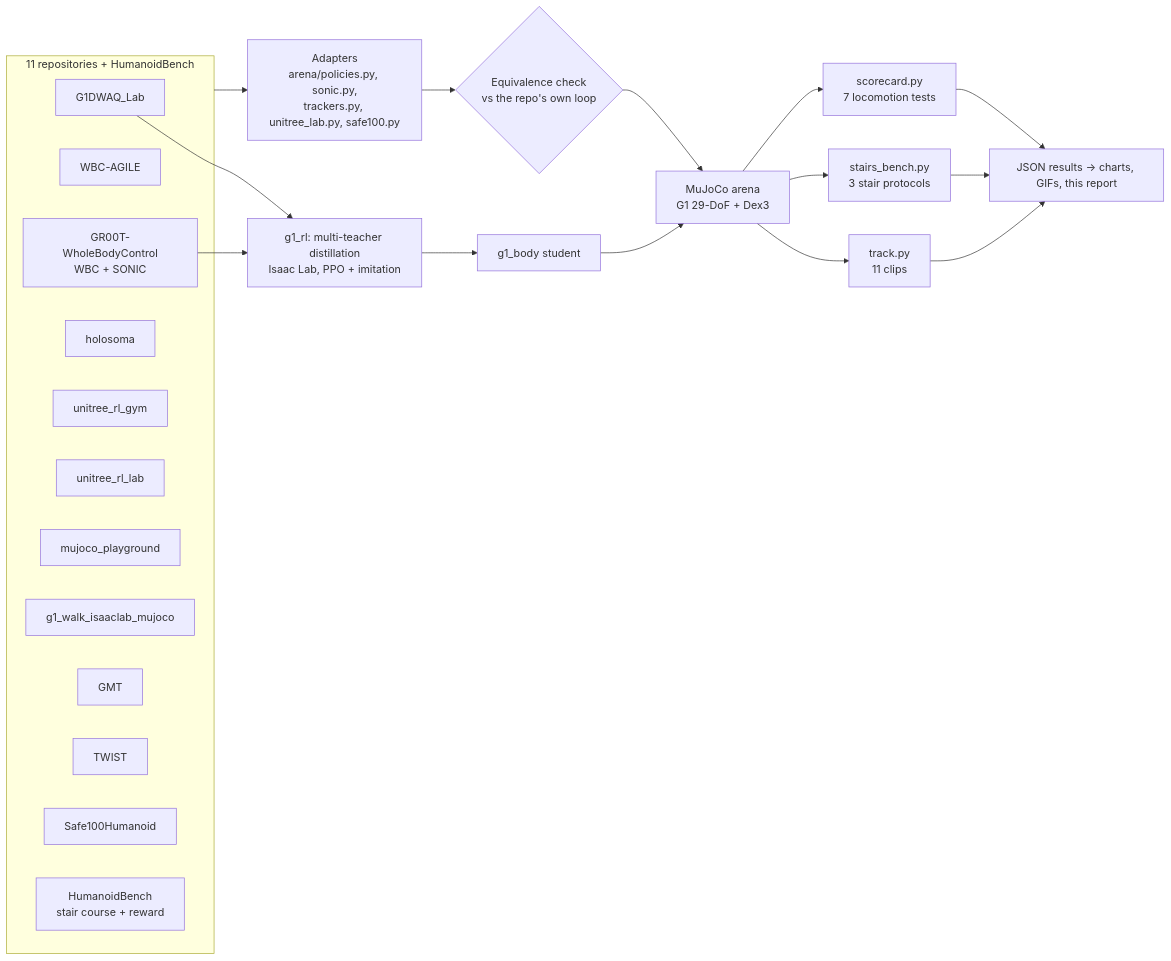
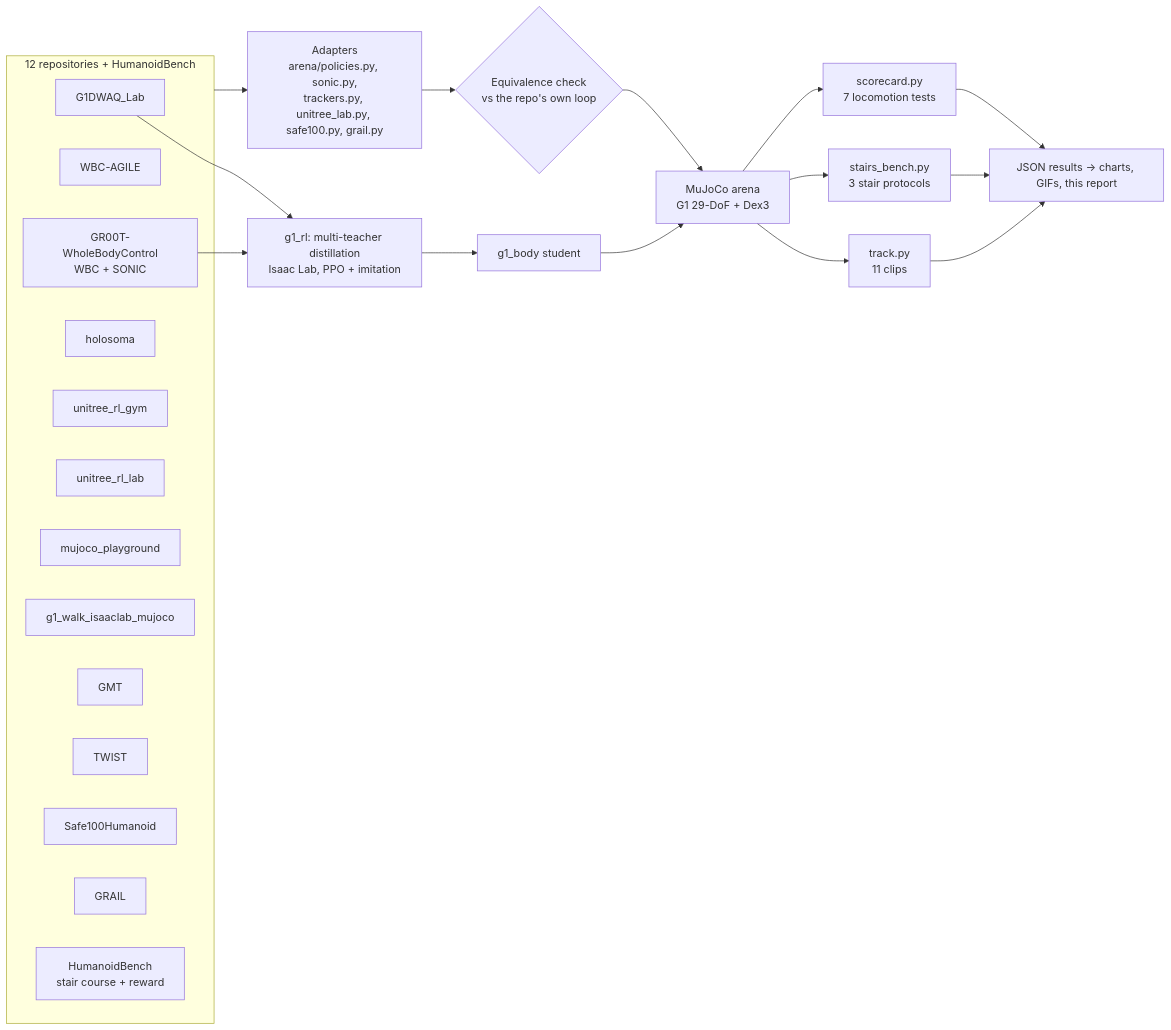
The first of 2 diagrams in docs/ARENA_REPORT.md (MHC-CodeSmith/g1_stairs), drawn with Mermaid before and after one commit. The commit also changed other lines of this file and 25 other files, not shown here.

First line of the commit message:
Add GRAIL's terrain tracker to the arena; stairs not measurable

````diff
--- a/docs/ARENA_REPORT.md
+++ b/docs/ARENA_REPORT.md
@@ -53,17 +55,17 @@
 ```mermaid
 flowchart LR
-  subgraph repos[11 repositories + HumanoidBench]
+  subgraph repos[12 repositories + HumanoidBench]
     A[G1DWAQ_Lab] ; B[WBC-AGILE] ; C[GR00T-WholeBodyControl<br/>WBC + SONIC] ; D[holosoma]
     E[unitree_rl_gym] ; F[unitree_rl_lab] ; G[mujoco_playground] ; H[g1_walk_isaaclab_mujoco]
-    I[GMT] ; J[TWIST] ; K[Safe100Humanoid] ; L[HumanoidBench<br/>stair course + reward]
+    I[GMT] ; J[TWIST] ; K[Safe100Humanoid] ; M[GRAIL] ; L[HumanoidBench<br/>stair course + reward]
   end
-  repos --> AD[Adapters<br/>arena/policies.py, sonic.py,<br/>trackers.py, unitree_lab.py, safe100.py]
+  repos --> AD[Adapters<br/>arena/policies.py, sonic.py,<br/>trackers.py, unitree_lab.py, safe100.py, grail.py]
   AD --> CHK{Equivalence check<br/>vs the repo's own loop}
   CHK --> AR[MuJoCo arena<br/>G1 29-DoF + Dex3]
   AR --> T1[scorecard.py<br/>7 locomotion tests]
   AR --> T2[stairs_bench.py<br/>3 stair protocols]
   AR --> T3[track.py<br/>11 clips]
   T1 & T2 & T3 --> R[JSON results → charts, GIFs, this report]
   A & C --> DIST[g1_rl: multi-teacher distillation<br/>Isaac Lab, PPO + imitation]
   DIST --> S[g1_body student] --> AR
 ```
````
